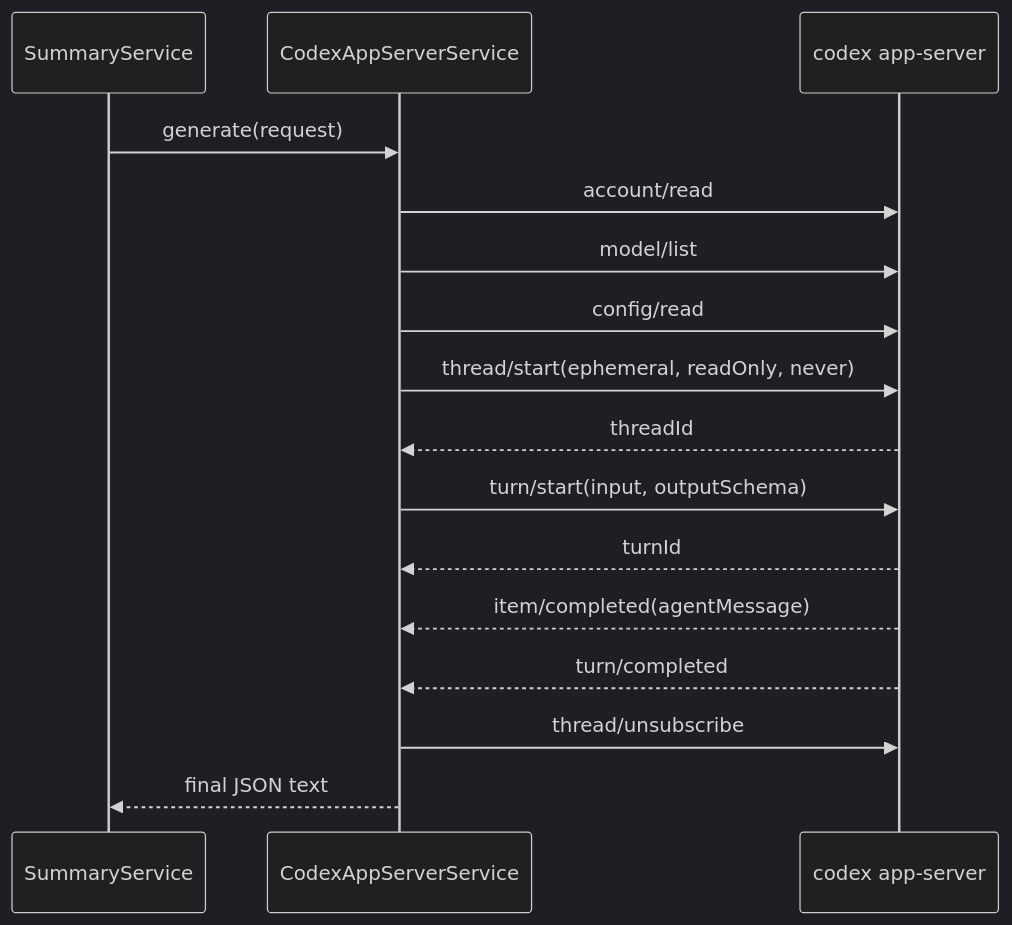
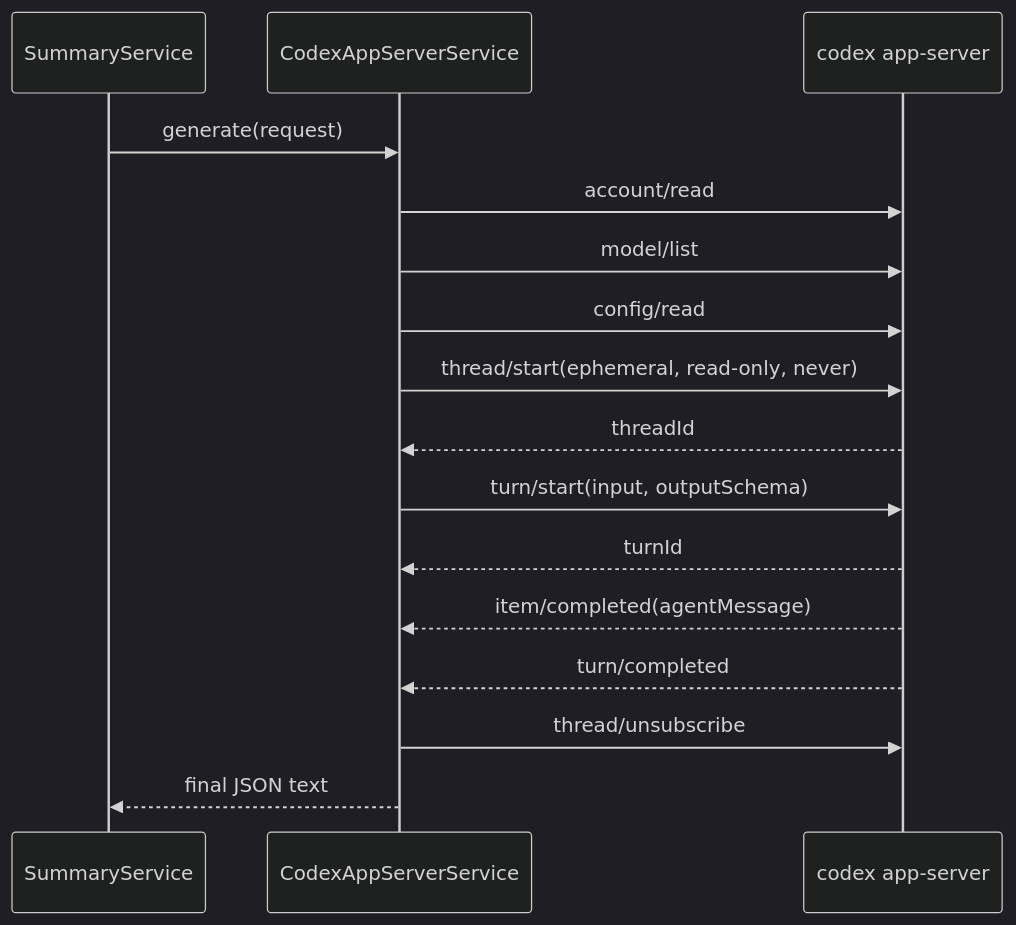
One commit to dahlia-org/dahlia changed the third of 3 diagrams in docs/adr/0003-use-a-shared-codex-app-server.md. Above: the diagram before and after it, drawn with Mermaid (dark theme). The commit also changed other lines of this file and 30 other files, not shown here.

````diff
--- a/docs/adr/0003-use-a-shared-codex-app-server.md
+++ b/docs/adr/0003-use-a-shared-codex-app-server.md
@@ -192,18 +204,18 @@
 ```mermaid
 sequenceDiagram
     participant Summary as SummaryService
     participant Client as CodexAppServerService
     participant Server as codex app-server
     Summary->>Client: generate(request)
     Client->>Server: account/read
     Client->>Server: model/list
     Client->>Server: config/read
-    Client->>Server: thread/start(ephemeral, readOnly, never)
+    Client->>Server: thread/start(ephemeral, read-only, never)
     Server-->>Client: threadId
     Client->>Server: turn/start(input, outputSchema)
     Server-->>Client: turnId
     Server-->>Client: item/completed(agentMessage)
     Server-->>Client: turn/completed
     Client->>Server: thread/unsubscribe
     Client-->>Summary: final JSON text
 ```
````
